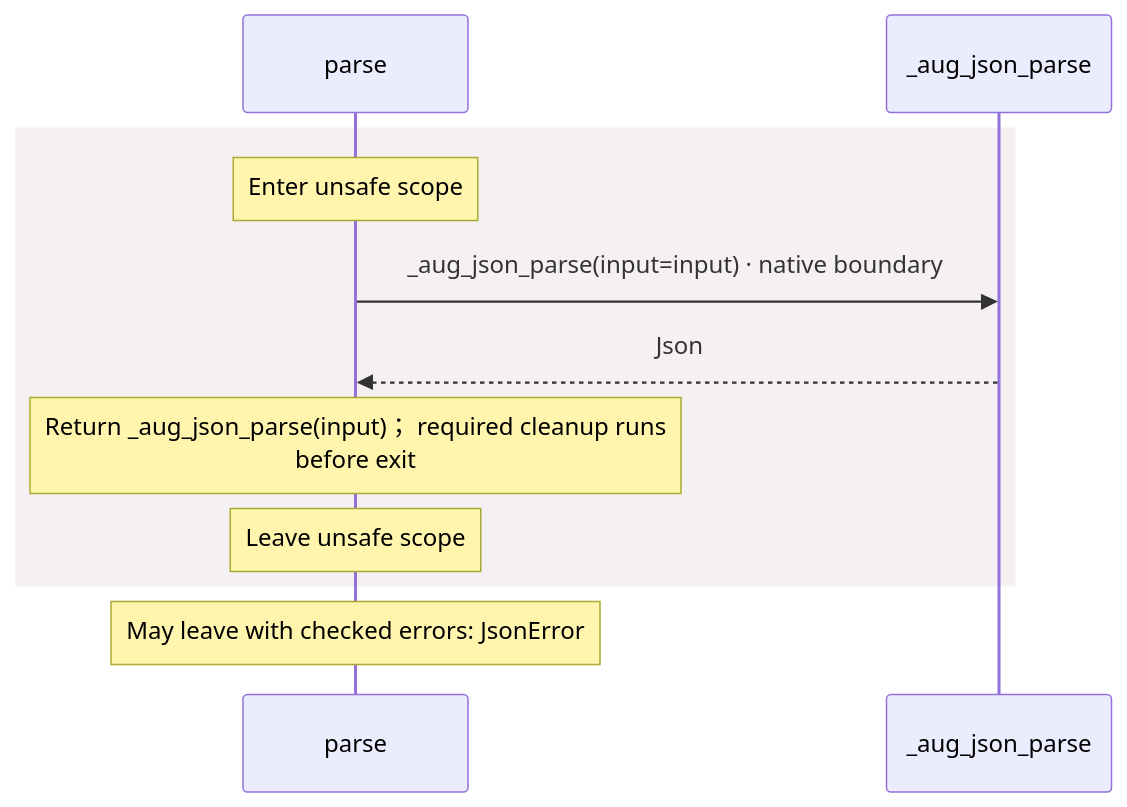
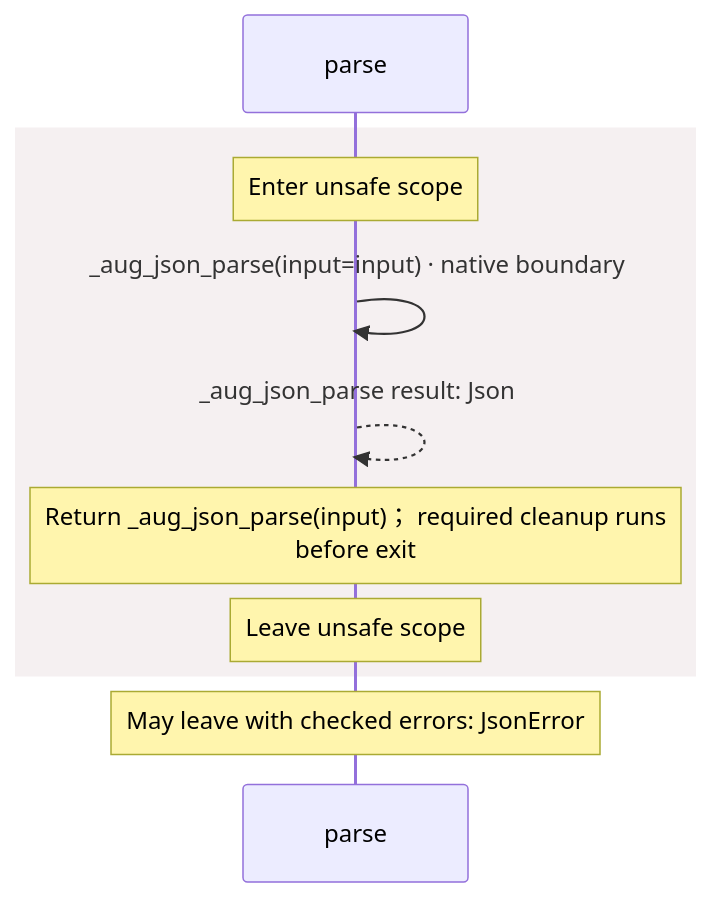
The diagram in docs/examples/json-benchmark/dependencies/packages/@git/url_2d3c37c690c0fa115be1/0.0.0-git.a39fc582565d4fca40be4f75fa304d71adc69301/contracts-diagrams.md (GreenPandaStudios/augscript), drawn with Mermaid before and after one commit. The commit also changed other lines of this file and 304 other files, not shown here.

Commit message:
Make generated data-flow sequences concise and review every diagram

````diff
--- a/docs/examples/json-benchmark/dependencies/packages/@git/url_2d3c37c690c0fa115be1/0.0.0-git.a39fc582565d4fca40be4f75fa304d71adc69301/contracts-diagrams.md
+++ b/docs/examples/json-benchmark/dependencies/packages/@git/url_2d3c37c690c0fa115be1/0.0.0-git.a39fc582565d4fca40be4f75fa304d71adc69301/contracts-diagrams.md
@@ -47,13 +36,13 @@
 ```mermaid
 sequenceDiagram
     participant p0 as parse
-    participant p1 as _aug_json_parse
+
     rect rgb(245, 240, 241)
     Note over p0: Enter unsafe scope
-    p0->>p1: _aug_json_parse(input=input) · native boundary
-    p1-->>p0: Json
+    p0->>p0: _aug_json_parse(input=input) · native boundary
+    p0-->>p0: _aug_json_parse result: Json
     Note over p0: Return _aug_json_parse(input)； required cleanup runs<br/>before exit
     Note over p0: Leave unsafe scope
     end
     Note over p0: May leave with checked errors: JsonError
 ```
````
